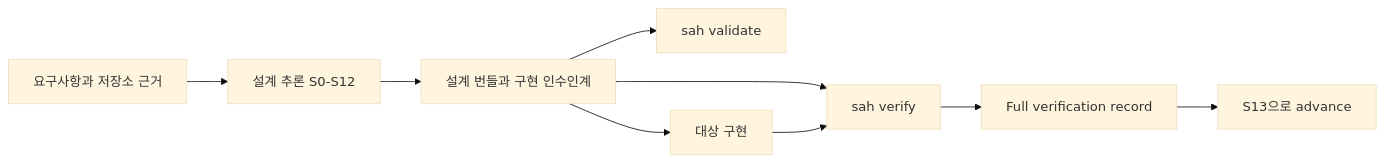
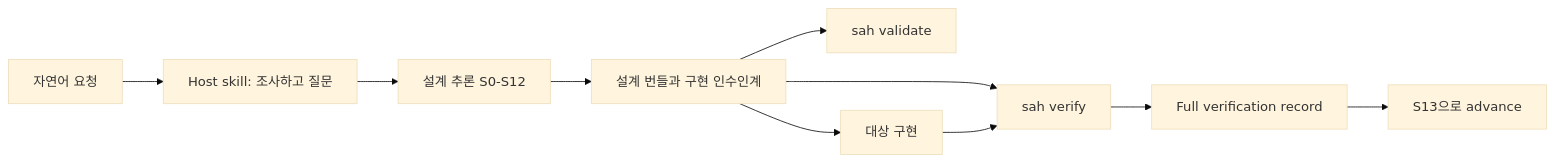
Before and after one commit to 2000silpeed/sah: the diagram in README.ko.md, drawn with Mermaid (base theme). The commit also changed other lines of this file and 14 other files, not shown here.

```diff
--- a/README.ko.md
+++ b/README.ko.md
@@ -46,11 +49,12 @@
 ~~~mermaid
 flowchart LR
-    A[요구사항과 저장소 근거] --> B[설계 추론 S0-S12]
-    B --> C[설계 번들과 구현 인수인계]
+    A[자연어 요청] --> B[Host skill: 조사하고 질문]
+    B --> C0[설계 추론 S0-S12]
+    C0 --> C[설계 번들과 구현 인수인계]
     C --> D[sah validate]
     C --> E[대상 구현]
     C --> F[sah verify]
     E --> F
     F --> G[Full verification record]
     G --> H[S13으로 advance]
 ~~~
```
